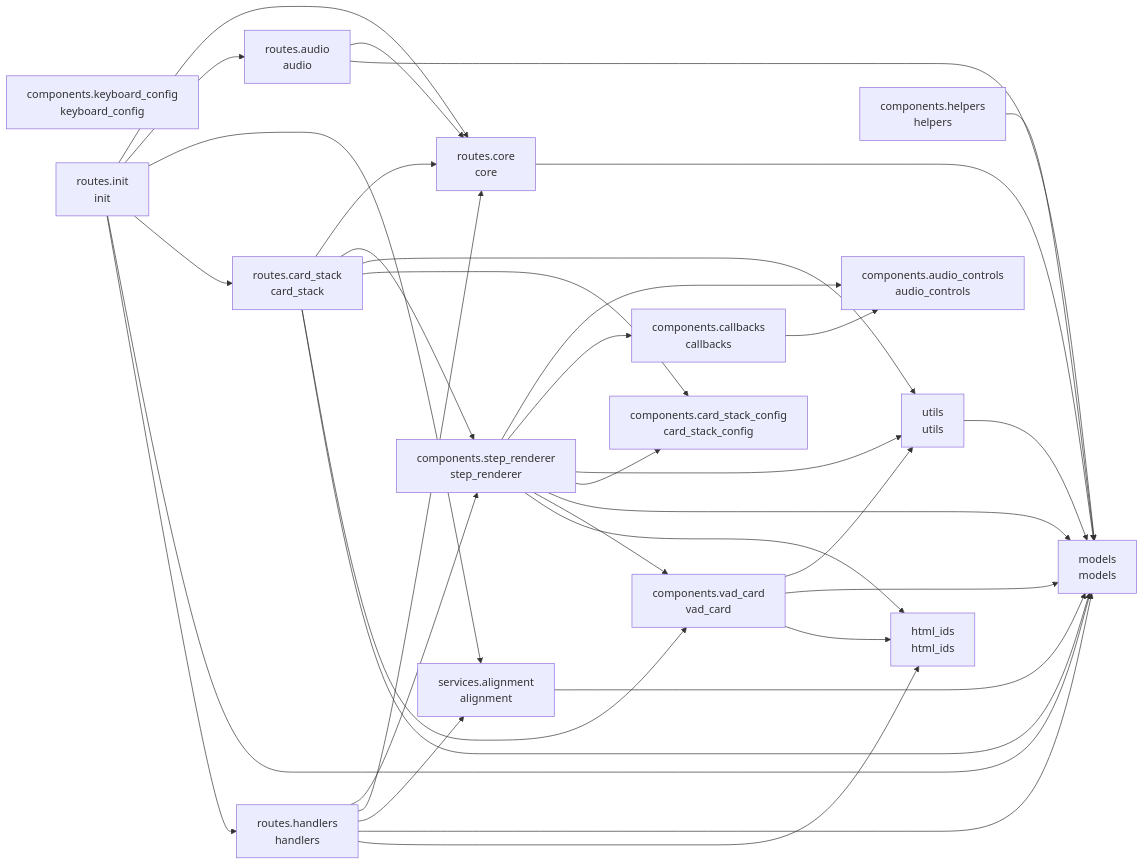
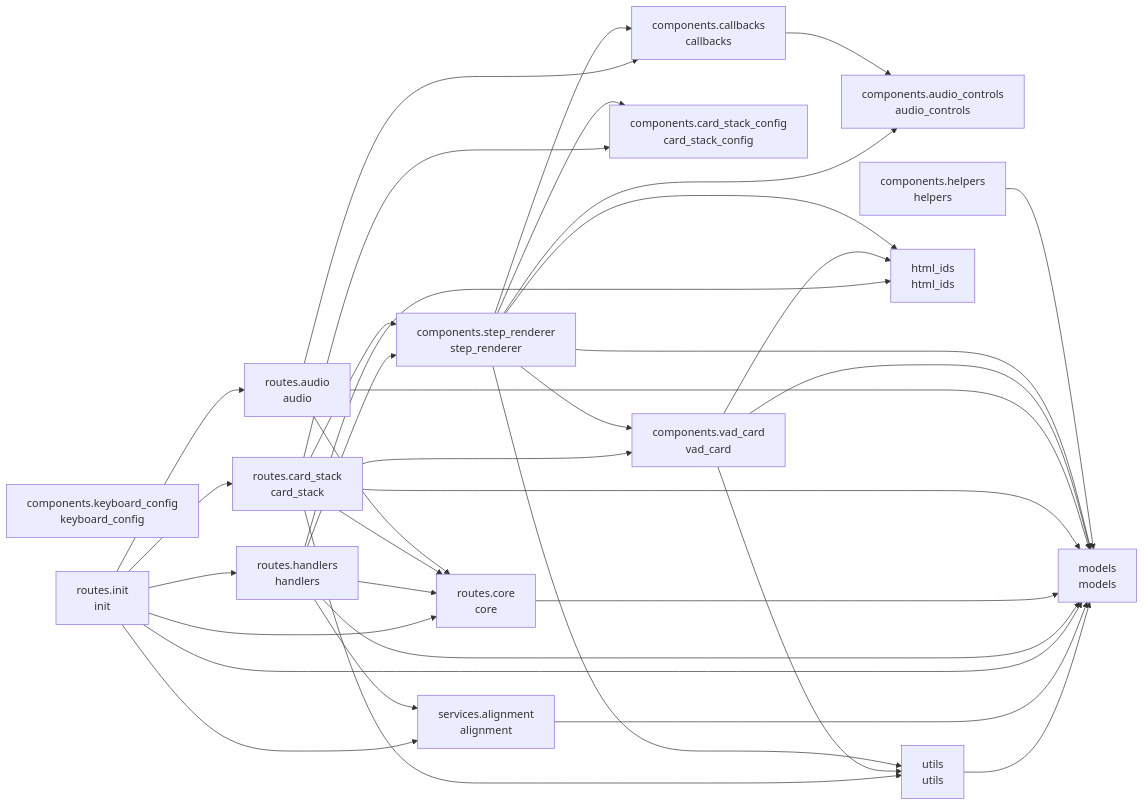
Before and after one commit to cj-mills/cjm-transcript-vad-align: the diagram in README.md, drawn with Mermaid. The commit also changed other lines of this file and 6 other files, not shown here.

Commit message:
Delegate the alignment speed selector and /speed_change JS generation to the cjm-fasthtml-web-audio library's shared render_speed_selector / generate_speed_change_js.

````diff
--- a/README.md
+++ b/README.md
@@ -39,54 +39,55 @@
 ``` mermaid
 graph LR
     components_audio_controls[components.audio_controls<br/>audio_controls]
     components_callbacks[components.callbacks<br/>callbacks]
     components_card_stack_config[components.card_stack_config<br/>card_stack_config]
     components_helpers[components.helpers<br/>helpers]
     components_keyboard_config[components.keyboard_config<br/>keyboard_config]
     components_step_renderer[components.step_renderer<br/>step_renderer]
     components_vad_card[components.vad_card<br/>vad_card]
     html_ids[html_ids<br/>html_ids]
     models[models<br/>models]
     routes_audio[routes.audio<br/>audio]
     routes_card_stack[routes.card_stack<br/>card_stack]
     routes_core[routes.core<br/>core]
     routes_handlers[routes.handlers<br/>handlers]
     routes_init[routes.init<br/>init]
     services_alignment[services.alignment<br/>alignment]
     utils[utils<br/>utils]
 
     components_callbacks --> components_audio_controls
     components_helpers --> models
-    components_step_renderer --> components_audio_controls
+    components_step_renderer --> components_card_stack_config
     components_step_renderer --> components_callbacks
-    components_step_renderer --> utils
-    components_step_renderer --> components_card_stack_config
     components_step_renderer --> models
     components_step_renderer --> components_vad_card
+    components_step_renderer --> utils
+    components_step_renderer --> components_audio_controls
     components_step_renderer --> html_ids
     components_vad_card --> utils
+    components_vad_card --> html_ids
     components_vad_card --> models
-    components_vad_card --> html_ids
+    routes_audio --> models
     routes_audio --> routes_core
-    routes_audio --> models
+    routes_audio --> components_callbacks
+    routes_card_stack --> components_card_stack_config
     routes_card_stack --> routes_core
+    routes_card_stack --> models
+    routes_card_stack --> components_vad_card
+    routes_card_stack --> utils
     routes_card_stack --> components_step_renderer
-    routes_card_stack --> utils
-    routes_card_stack --> components_card_stack_config
-    routes_card_stack --> components_vad_card
-    routes_card_stack --> models
     routes_core --> models
+    routes_handlers --> models
     routes_handlers --> components_step_renderer
     routes_handlers --> routes_core
+    routes_handlers --> html_ids
     routes_handlers --> services_alignment
-    routes_handlers --> models
-    routes_handlers --> html_ids
+    routes_init --> services_alignment
+    routes_init --> models
+    routes_init --> routes_card_stack
+    routes_init --> routes_audio
     routes_init --> routes_core
-    routes_init --> routes_audio
-    routes_init --> services_alignment
-    routes_init --> routes_card_stack
-    routes_init --> models
     routes_init --> routes_handlers
     services_alignment --> models
     utils --> models
 ```
````
